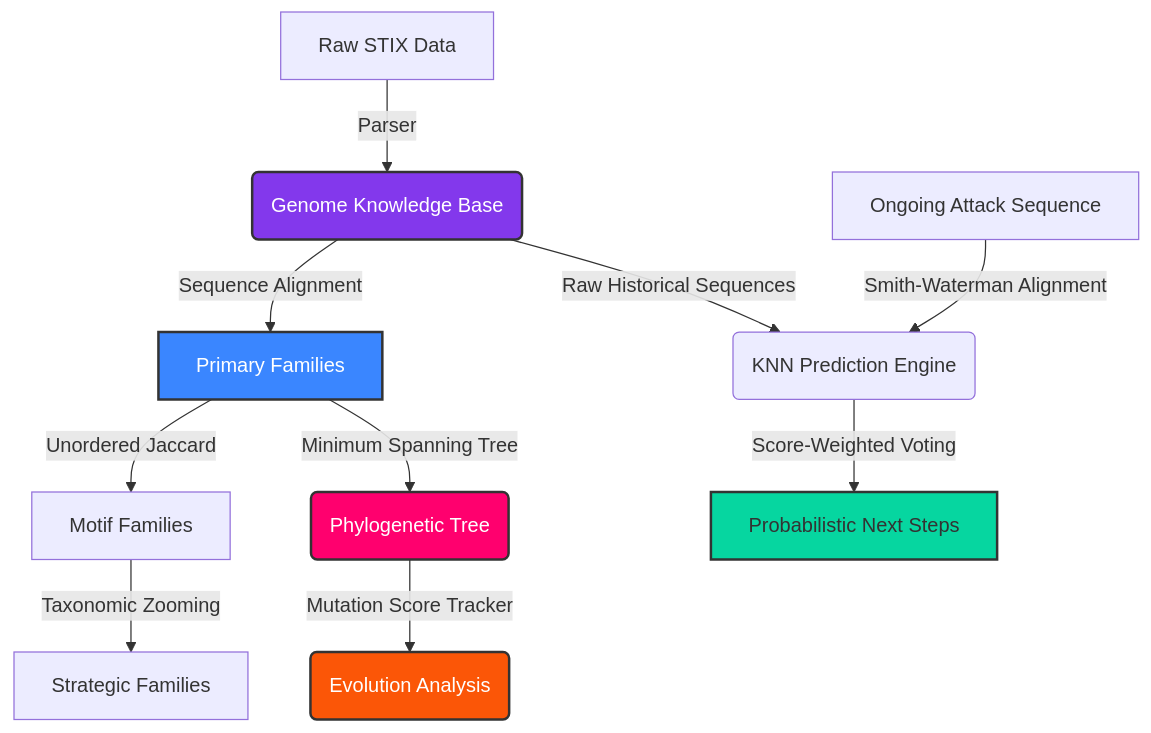
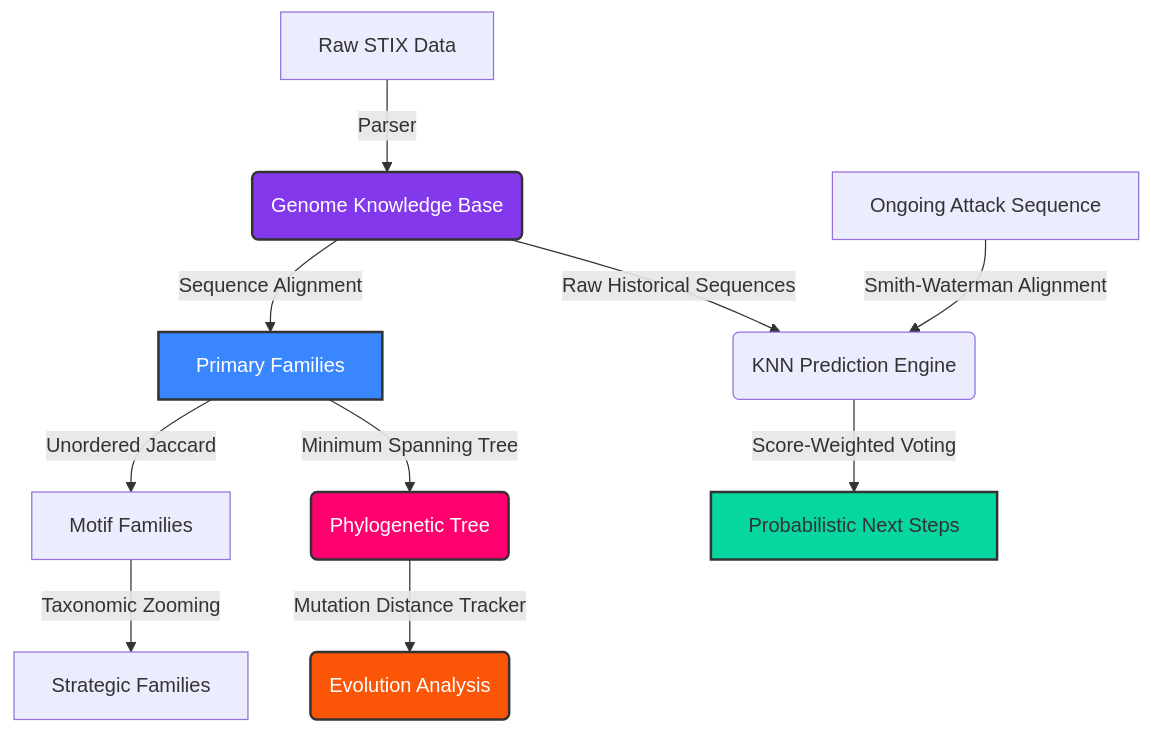
One commit to rakesh-pathuri/CyberPhylogeny changed the diagram in README.md. Above: the diagram before and after it, drawn with Mermaid.

Commit message:
docs: rename Mutation Score Tracker to Mutation Distance Tracker in architecture diagram

````diff
--- a/README.md
+++ b/README.md
@@ -65,24 +65,24 @@
 ```mermaid
 graph TD
     A[Raw STIX Data] -->|Parser| B(Genome Knowledge Base)
     
     %% Clustering Pipeline
     B -->|Sequence Alignment| C[Primary Families]
     C -->|Unordered Jaccard| D[Motif Families]
     D -->|Taxonomic Zooming| E[Strategic Families]
     
     %% Evolution Pipeline (Centerpiece)
     C -->|Minimum Spanning Tree| I(Phylogenetic Tree)
-    I -->|Mutation Score Tracker| J(Evolution Analysis)
+    I -->|Mutation Distance Tracker| J(Evolution Analysis)
     
     %% Prediction Pipeline
     F[Ongoing Attack Sequence] -->|Smith-Waterman Alignment| G(KNN Prediction Engine)
     B -->|Raw Historical Sequences| G
     G -->|Score-Weighted Voting| H[Probabilistic Next Steps]
     
     style B fill:#8338ec,stroke:#333,stroke-width:2px,color:#fff
     style C fill:#3a86ff,stroke:#333,stroke-width:2px,color:#fff
     style I fill:#ff006e,stroke:#333,stroke-width:2px,color:#fff
     style J fill:#fb5607,stroke:#333,stroke-width:2px,color:#fff
     style H fill:#06d6a0,stroke:#333,stroke-width:2px,color:#black
 ```
````
